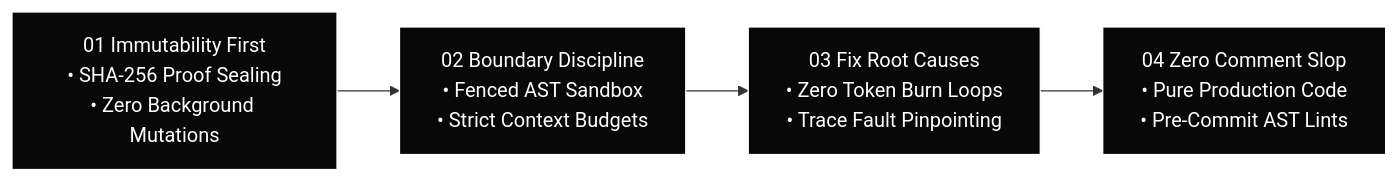
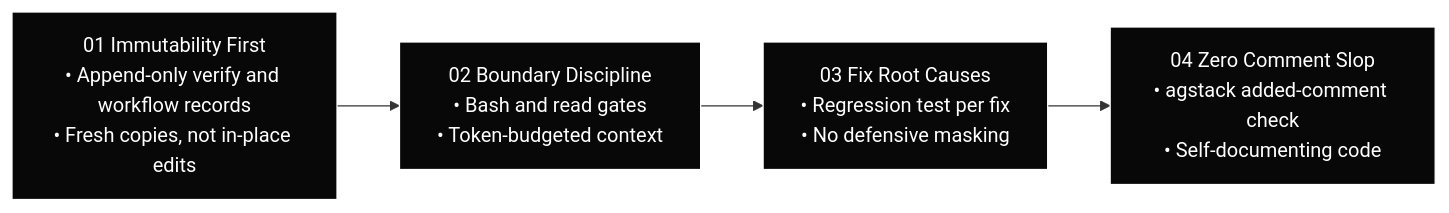
Before and after one commit to autonomic-ai-dev/website: the diagram in src/routes/docs/invariants/+page.md, drawn with Mermaid. The commit also changed other lines of this file and 20 other files, not shown here.

````diff
--- a/src/routes/docs/invariants/+page.md
+++ b/src/routes/docs/invariants/+page.md
@@ -26,9 +26,9 @@
 ```mermaid
 flowchart LR
-    I1["01 Immutability First\n• SHA-256 Proof Sealing\n• Zero Background Mutations"] --> I2["02 Boundary Discipline\n• Fenced AST Sandbox\n• Strict Context Budgets"]
-    I2 --> I3["03 Fix Root Causes\n• Zero Token Burn Loops\n• Trace Fault Pinpointing"]
-    I3 --> I4["04 Zero Comment Slop\n• Pure Production Code\n• Pre-Commit AST Lints"]
+    I1["01 Immutability First\n• Append-only verify and workflow records\n• Fresh copies, not in-place edits"] --> I2["02 Boundary Discipline\n• Bash and read gates\n• Token-budgeted context"]
+    I2 --> I3["03 Fix Root Causes\n• Regression test per fix\n• No defensive masking"]
+    I3 --> I4["04 Zero Comment Slop\n• agstack added-comment check\n• Self-documenting code"]
 
     classDef invNode fill:#080808,stroke:#ffffff,stroke-width:1px,color:#ffffff;
     class I1,I2,I3,I4 invNode;
 ```
````
